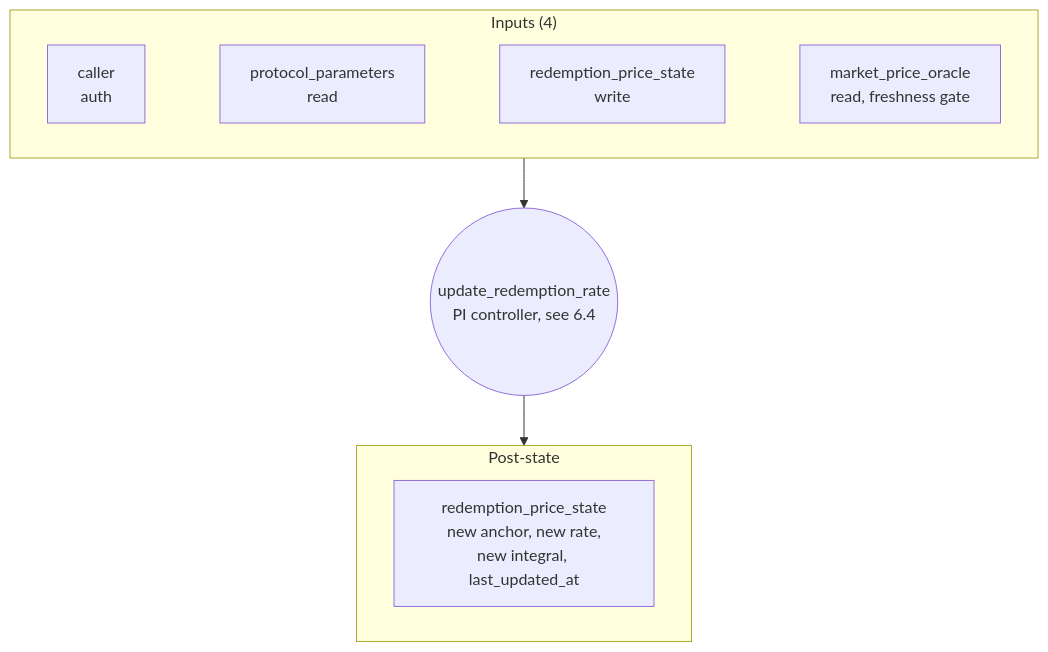
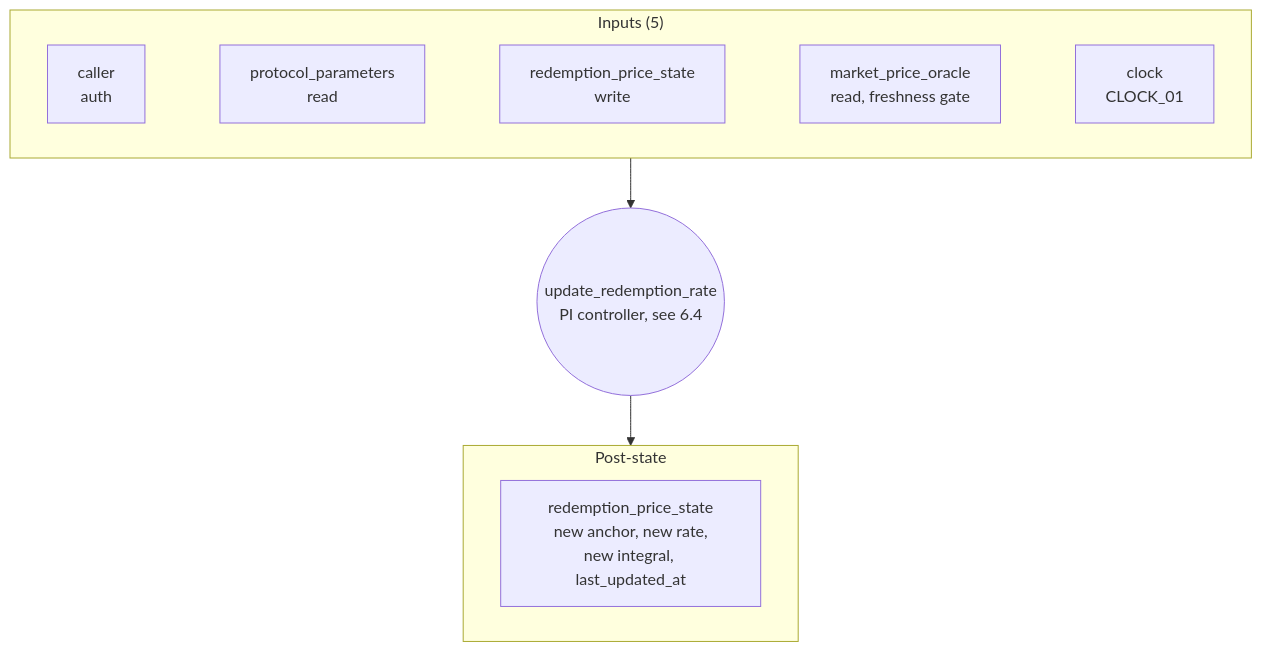
One commit to logos-blockchain/lez-programs changed the fifth of 14 diagrams in docs/stablecoin/README.md. Above: the diagram before and after it, drawn with Mermaid. The commit also changed other lines of this file, not shown here.

First line of the commit message:
docs(stablecoin): document the CLOCK_01 clock account

````diff
--- a/docs/stablecoin/README.md
+++ b/docs/stablecoin/README.md
@@ -772,11 +805,11 @@
 ```mermaid
 flowchart TD
-    subgraph In["Inputs (4)"]
-        a1[caller<br/>auth] ~~~ a2[protocol_parameters<br/>read] ~~~ a3[redemption_price_state<br/>write] ~~~ a4[market_price_oracle<br/>read, freshness gate]
+    subgraph In["Inputs (5)"]
+        a1[caller<br/>auth] ~~~ a2[protocol_parameters<br/>read] ~~~ a3[redemption_price_state<br/>write] ~~~ a4[market_price_oracle<br/>read, freshness gate] ~~~ a5[clock<br/>CLOCK_01]
     end
     subgraph Post["Post-state"]
         p1[redemption_price_state<br/>new anchor, new rate,<br/>new integral, last_updated_at]
     end
     In --> Ins((update_redemption_rate<br/>PI controller, see 6.4))
     Ins --> Post
 ```
````
